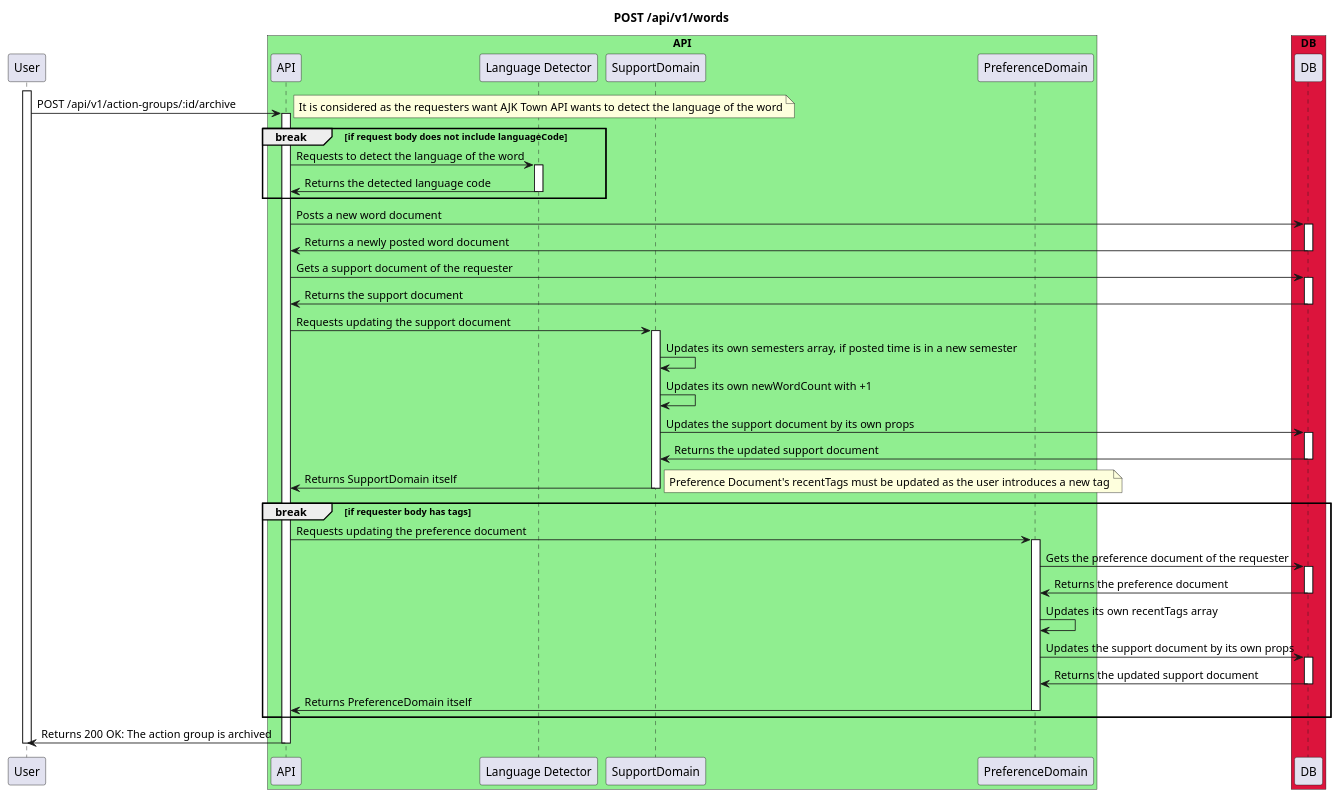
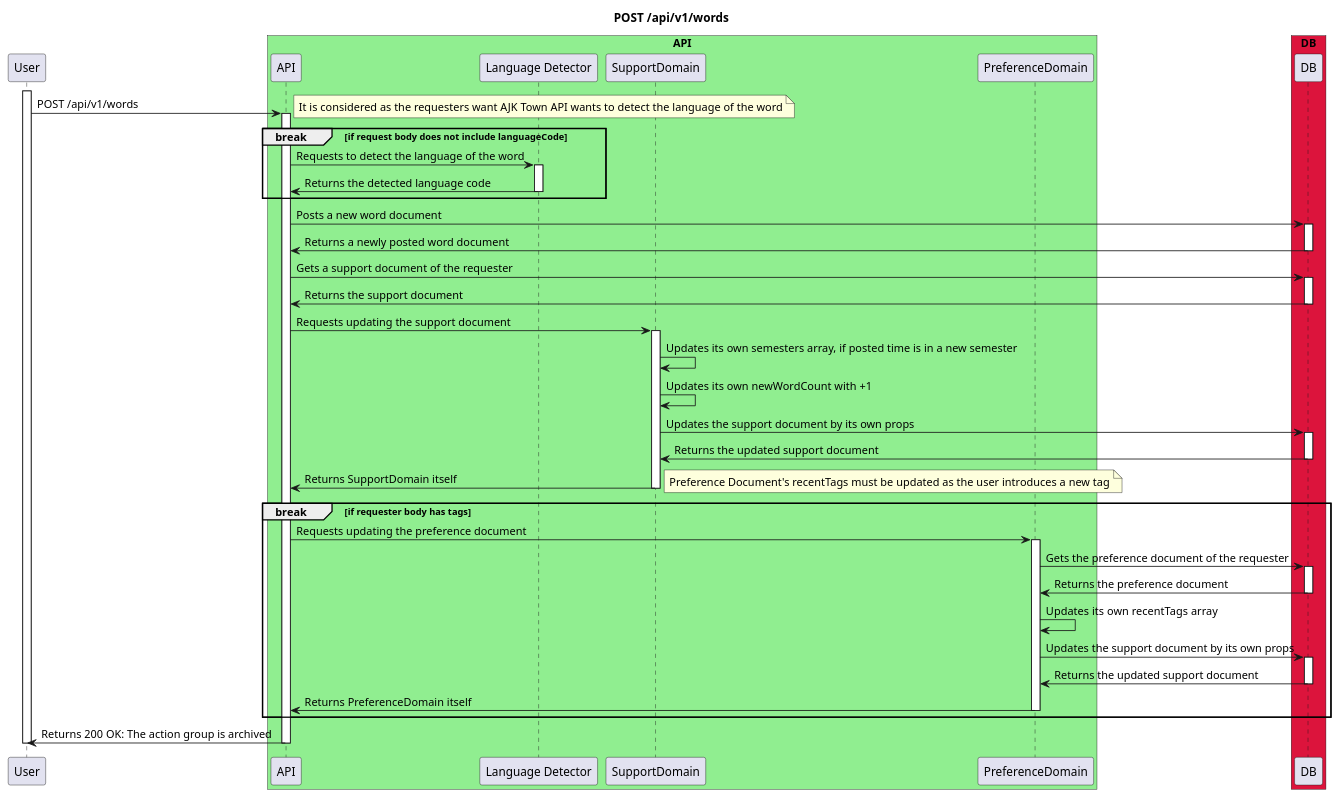
Before and after one commit to ajktown/docs: the diagram in dev_api/diagrams/post-word.md, drawn with PlantUML.

````diff
--- a/dev_api/diagrams/post-word.md
+++ b/dev_api/diagrams/post-word.md
@@ -17,70 +17,70 @@
 ```plantuml
 
 @startuml
 
 title POST /api/v1/words
 
 participant "User" as user
 
 box "API" #Lightgreen
   participant "API" as api
   participant "Language Detector" as lambda
   participant "SupportDomain" as domain
   participant "PreferenceDomain" as domain2
 box
 box "DB" #Crimson
   participant "DB" as db
 box
 
 activate user
-  user -> api: POST /api/v1/action-groups/:id/archive
+  user -> api: POST /api/v1/words
   activate api
     break if request body does not include languageCode
       note right
         It is considered as the requesters want AJK Town API wants to detect the language of the word
       end note
       api -> lambda: Requests to detect the language of the word
       activate lambda
         api <- lambda: Returns the detected language code
       deactivate lambda
     end break
     api -> db: Posts a new word document
     activate db
       api <- db: Returns a newly posted word document
     deactivate db
     api -> db: Gets a support document of the requester
     activate db
       api <- db: Returns the support document
     deactivate db
     api -> domain: Requests updating the support document
     activate domain
       domain -> domain: Updates its own semesters array, if posted time is in a new semester
       domain -> domain: Updates its own newWordCount with +1
       domain -> db: Updates the support document by its own props
       activate db
         domain <- db: Returns the updated support document
       deactivate db
       api <- domain: Returns SupportDomain itself
     deactivate domain
     break if requester body has tags
       note right
         Preference Document's recentTags must be updated as the user introduces a new tag
       end note
       api -> domain2: Requests updating the preference document
       activate domain2
         domain2 -> db: Gets the preference document of the requester
         activate db
           domain2 <- db: Returns the preference document
         deactivate db
         domain2 -> domain2: Updates its own recentTags array
         domain2 -> db: Updates the support document by its own props
         activate db
           domain2 <- db: Returns the updated support document
         deactivate db
         api <- domain2: Returns PreferenceDomain itself
       deactivate domain2
     end break
     user <- api: Returns 200 OK: The action group is archived
   deactivate api
 deactivate user
 ```
````
